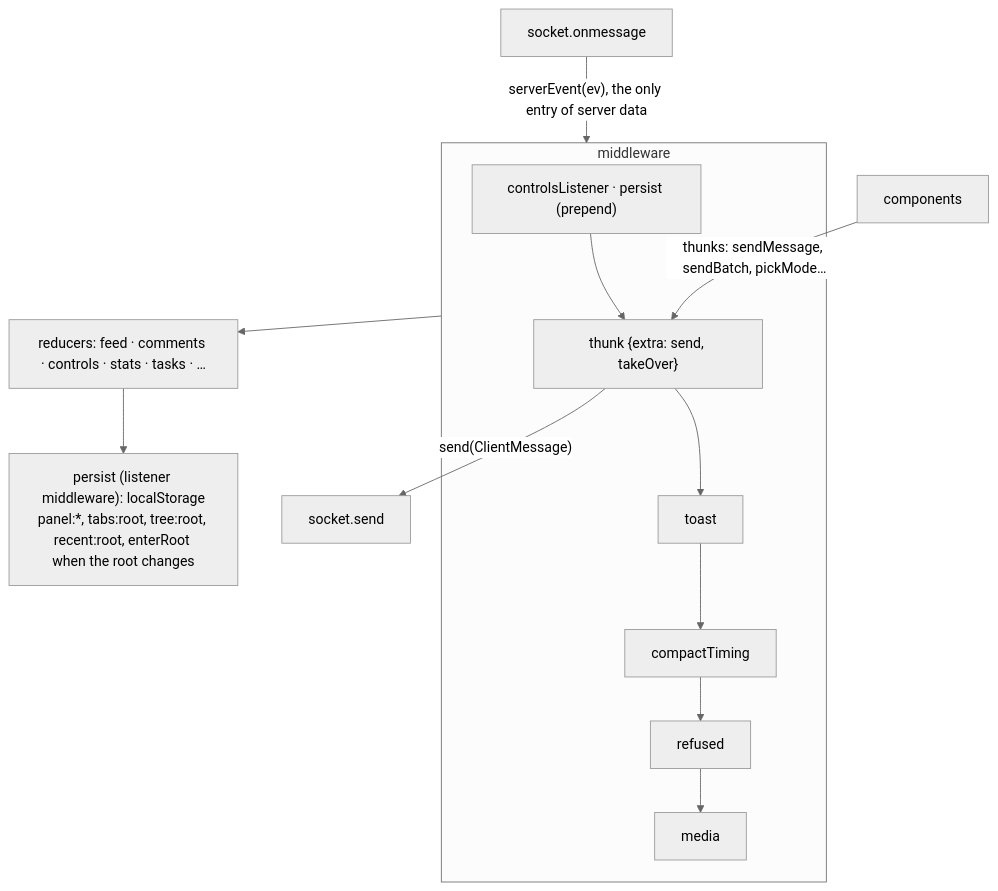
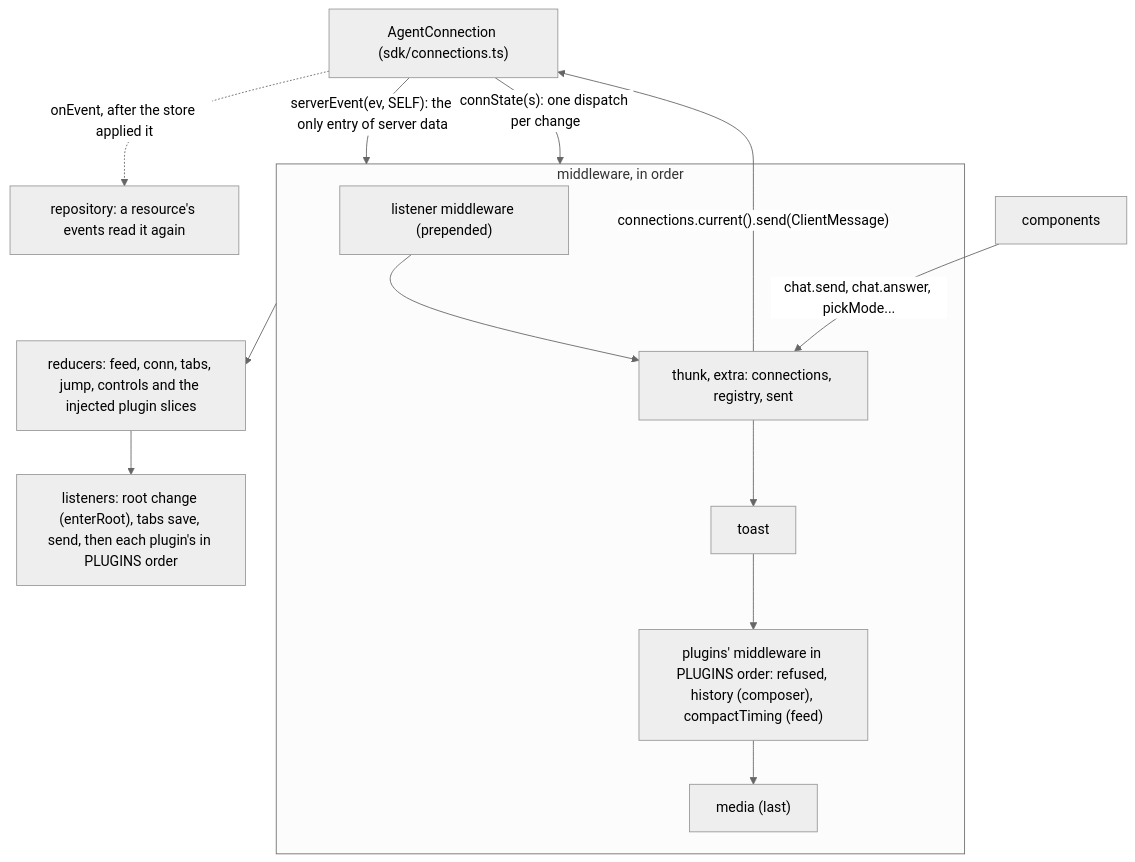
Before and after one commit to iCubeDm/nota-bene-ide: the third of 4 diagrams in docs/architecture.md, drawn with Mermaid (neutral theme). The commit also changed other lines of this file and 654 other files, not shown here.

````diff
--- a/docs/architecture.md
+++ b/docs/architecture.md
@@ -326,11 +352,13 @@
 ```mermaid
 flowchart TB
-  WS["socket.onmessage"] -->|"serverEvent(ev), the only entry of server data"| MW
-  subgraph MW["middleware"]
-    CL["controlsListener · persist (prepend)"] --> TH["thunk {extra: send, takeOver}"] --> TO["toast"] --> CT["compactTiming"] --> RF["refused"] --> MD["media"]
+  C["AgentConnection (sdk/connections.ts)"] -->|"serverEvent(ev, SELF): the only entry of server data"| MW
+  C -->|"connState(s): one dispatch per change"| MW
+  subgraph MW["middleware, in order"]
+    LM["listener middleware (prepended)"] --> TH["thunk, extra: connections, registry, sent"] --> TO["toast"] --> PM["plugins' middleware in PLUGINS order: refused, history (composer), compactTiming (feed)"] --> MD["media (last)"]
   end
-  MW --> R["reducers: feed · comments · controls · stats · tasks · …"]
-  R --> SUB["persist (listener middleware): localStorage<br/>panel:*, tabs:root, tree:root, recent:root, enterRoot when the root changes"]
-  UI["components"] -->|"thunks: sendMessage, sendBatch, pickMode…"| TH
-  TH -->|"send(ClientMessage)"| WS2["socket.send"]
+  MW --> R["reducers: feed, conn, tabs, jump, controls and the injected plugin slices"]
+  R --> LS["listeners: root change (enterRoot), tabs save, send, then each plugin's in PLUGINS order"]
+  C -. "onEvent, after the store applied it" .-> REPO["repository: a resource's events read it again"]
+  UI["components"] -->|"chat.send, chat.answer, pickMode..."| TH
+  TH -->|"connections.current().send(ClientMessage)"| C
 ```
````
